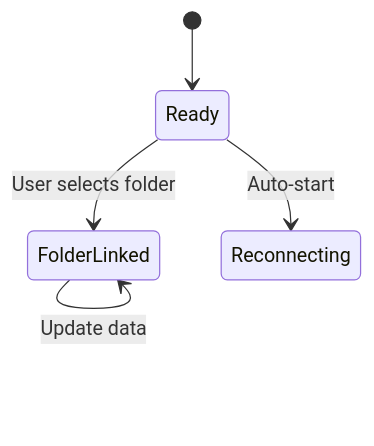
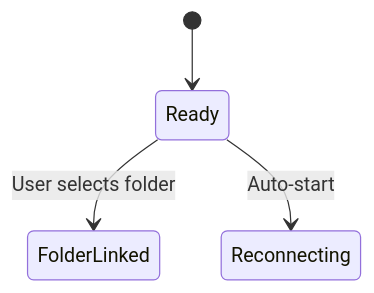
Before and after one commit to H1410101/raw_output: the third of 3 diagrams in docs/checkpoints/phase 1/checkpoint 1.4 architecture.md, drawn with Mermaid. The commit also changed other lines of this file and 13 other files, not shown here.

````diff
--- a/docs/checkpoints/phase 1/checkpoint 1.4 architecture.md
+++ b/docs/checkpoints/phase 1/checkpoint 1.4 architecture.md
@@ -56,7 +54,6 @@
 ```mermaid
 stateDiagram-v2
     [*] --> Ready
     Ready --> FolderLinked: User selects folder
     Ready --> Reconnecting: Auto-start
-    FolderLinked --> FolderLinked: Update data
 ```
````
